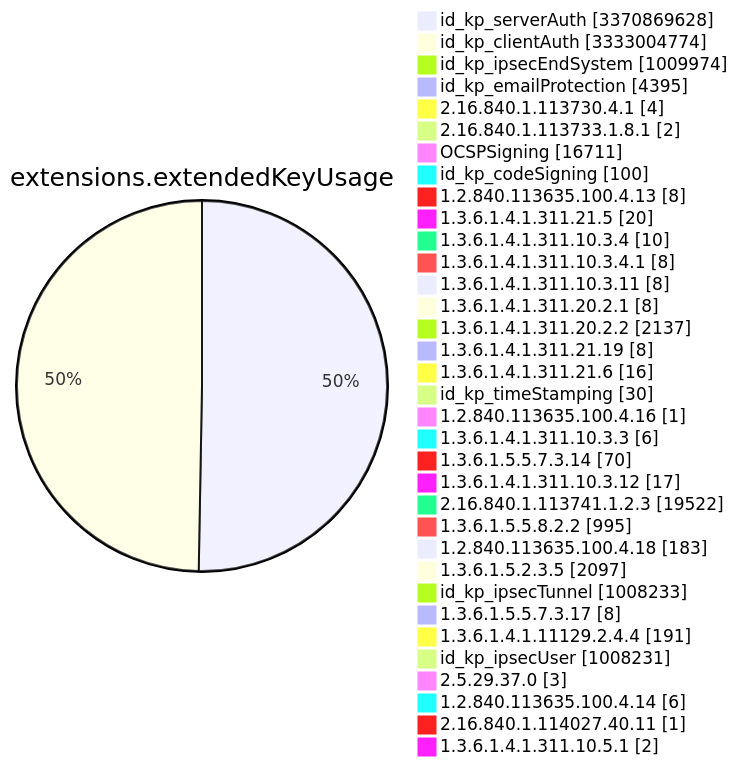
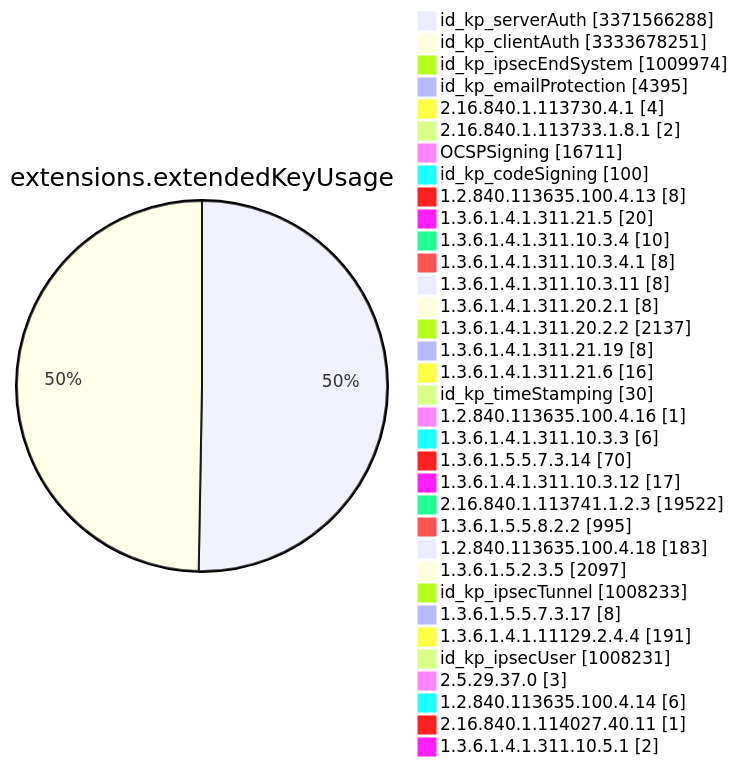
Before and after one commit to christiankrug/ctmonitor_visualization: diagram 11 of 15 in TOTAL/README.md, drawn with Mermaid. The commit also changed other lines of this file, not shown here.

````diff
--- a/TOTAL/README.md
+++ b/TOTAL/README.md
@@ -4120,38 +4120,38 @@
 ```mermaid
 pie showData
 title extensions.extendedKeyUsage
-"id_kp_serverAuth" :3370869628
-"id_kp_clientAuth" :3333004774
+"id_kp_serverAuth" :3371566288
+"id_kp_clientAuth" :3333678251
 "id_kp_ipsecEndSystem" :1009974
 "id_kp_emailProtection" :4395
 "2.16.840.1.113730.4.1" :4
 "2.16.840.1.113733.1.8.1" :2
 "OCSPSigning" :16711
 "id_kp_codeSigning" :100
 "1.2.840.113635.100.4.13" :8
 "1.3.6.1.4.1.311.21.5" :20
 "1.3.6.1.4.1.311.10.3.4" :10
 "1.3.6.1.4.1.311.10.3.4.1" :8
 "1.3.6.1.4.1.311.10.3.11" :8
 "1.3.6.1.4.1.311.20.2.1" :8
 "1.3.6.1.4.1.311.20.2.2" :2137
 "1.3.6.1.4.1.311.21.19" :8
 "1.3.6.1.4.1.311.21.6" :16
 "id_kp_timeStamping" :30
 "1.2.840.113635.100.4.16" :1
 "1.3.6.1.4.1.311.10.3.3" :6
 "1.3.6.1.5.5.7.3.14" :70
 "1.3.6.1.4.1.311.10.3.12" :17
 "2.16.840.1.113741.1.2.3" :19522
 "1.3.6.1.5.5.8.2.2" :995
 "1.2.840.113635.100.4.18" :183
 "1.3.6.1.5.2.3.5" :2097
 "id_kp_ipsecTunnel" :1008233
 "1.3.6.1.5.5.7.3.17" :8
 "1.3.6.1.4.1.11129.2.4.4" :191
 "id_kp_ipsecUser" :1008231
 "2.5.29.37.0" :3
 "1.2.840.113635.100.4.14" :6
 "2.16.840.1.114027.40.11" :1
 "1.3.6.1.4.1.311.10.5.1" :2
 ```
````
